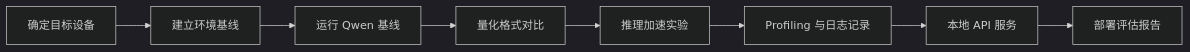
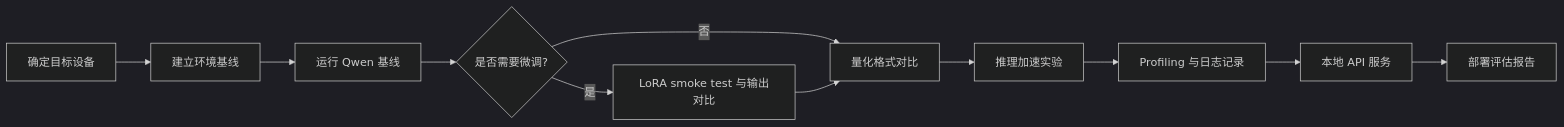
One commit to skyswordw/edge-ai-deployment-course changed the diagram in docs/final-project.md. Above: the diagram before and after it, drawn with Mermaid (dark theme). The commit also changed other lines of this file and 14 other files, not shown here.

````diff
--- a/docs/final-project.md
+++ b/docs/final-project.md
@@ -15,10 +15,13 @@
 ```mermaid
 flowchart LR
   A[确定目标设备] --> B[建立环境基线]
   B --> C[运行 Qwen 基线]
-  C --> D[量化格式对比]
-  D --> E[推理加速实验]
-  E --> F[Profiling 与日志记录]
-  F --> G[本地 API 服务]
-  G --> H[部署评估报告]
+  C --> D{是否需要微调?}
+  D -- 是 --> E[LoRA smoke test 与输出对比]
+  D -- 否 --> F[量化格式对比]
+  E --> F
+  F --> G[推理加速实验]
+  G --> H[Profiling 与日志记录]
+  H --> I[本地 API 服务]
+  I --> J[部署评估报告]
 ```
````
